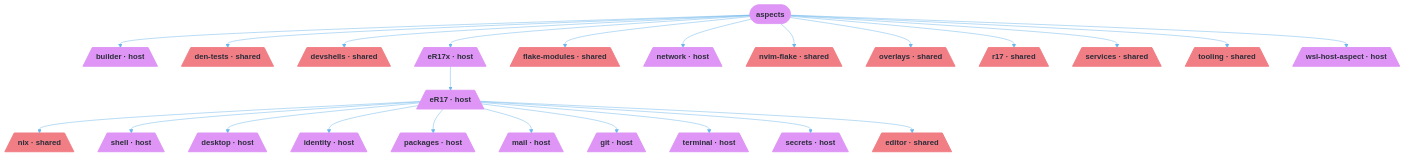
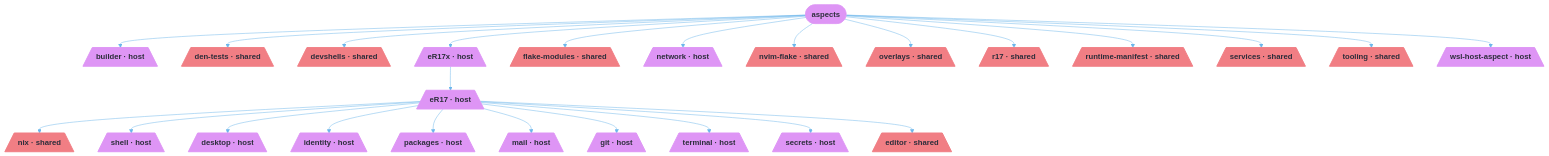
The fifth of 5 diagrams in README.md (r17x/universe), drawn with Mermaid before and after one commit. The commit also changed other lines of this file and 27 other files, not shown here.

````diff
--- a/README.md
+++ b/README.md
@@ -379,77 +391,80 @@
 ```mermaid
 %%{init: {"theme":"base","themeVariables":{"activationBkgColor":"#EC7279","activationBorderColor":"#EF9F76","actorBkg":"#EC7279","actorBorder":"#6CB6EB","actorLineColor":"#6CB6EB","actorTextColor":"#D38AEA","background":"#2B2D3A","classText":"#D38AEA","clusterBkg":"#EC7279","clusterBorder":"#EF9F76","edgeLabelBackground":"#2B2D3A","labelBoxBkgColor":"#EC7279","labelBoxBorderColor":"#6CB6EB","labelTextColor":"#D38AEA","lineColor":"#6CB6EB","loopTextColor":"#D38AEA","mainBkg":"#EC7279","nodeBkg":"#EC7279","nodeBorder":"#6CB6EB","nodeTextColor":"#D38AEA","noteBkgColor":"#EC7279","noteBorderColor":"#EF9F76","noteTextColor":"#D38AEA","pie1":"#3D3D40","pie2":"#F17E84","pie3":"#B1D48B","pie4":"#F5B083","pie5":"#7EC1F5","pie6":"#DE95F5","pie7":"#68C7CD","pie8":"#F0F4FA","pieLegendTextColor":"#D38AEA","pieOuterStrokeColor":"#EF9F76","pieSectionTextColor":"#D38AEA","pieStrokeColor":"#EF9F76","pieTitleTextColor":"#D38AEA","primaryBorderColor":"#6CB6EB","primaryColor":"#EC7279","primaryTextColor":"#D38AEA","secondBkg":"#EC7279","secondaryBorderColor":"#EF9F76","secondaryColor":"#EC7279","secondaryTextColor":"#D38AEA","sequenceNumberColor":"#2B2D3A","signalColor":"#6CB6EB","signalTextColor":"#D38AEA","tertiaryBorderColor":"#EF9F76","tertiaryColor":"#EC7279","tertiaryTextColor":"#D38AEA","textColor":"#D38AEA","titleColor":"#D38AEA"}}}%%
 graph TD
   aspects([aspects]):::root
   builder[/"builder · host"\]:::builder_c
   den_tests[/"den-tests · shared"\]:::den_tests_c
   desktop[/"desktop · host"\]:::desktop_c
   devshells[/"devshells · shared"\]:::devshells_c
   eR17[/"eR17 · host"\]:::eR17_c
   eR17x[/"eR17x · host"\]:::eR17x_c
   editor[/"editor · shared"\]:::editor_c
   flake_modules[/"flake-modules · shared"\]:::flake_modules_c
   git[/"git · host"\]:::git_c
   identity[/"identity · host"\]:::identity_c
   mail[/"mail · host"\]:::mail_c
   network[/"network · host"\]:::network_c
   nix[/"nix · shared"\]:::nix_c
   nvim_flake[/"nvim-flake · shared"\]:::nvim_flake_c
   overlays[/"overlays · shared"\]:::overlays_c
   packages[/"packages · host"\]:::packages_c
   r17[/"r17 · shared"\]:::r17_c
+  runtime_manifest[/"runtime-manifest · shared"\]:::runtime_manifest_c
   secrets[/"secrets · host"\]:::secrets_c
   services[/"services · shared"\]:::services_c
   shell[/"shell · host"\]:::shell_c
   terminal[/"terminal · host"\]:::terminal_c
   tooling[/"tooling · shared"\]:::tooling_c
   wsl_host_aspect[/"wsl-host-aspect · host"\]:::wsl_host_aspect_c
 
   aspects --> builder
   aspects --> den_tests
   aspects --> devshells
   aspects --> eR17x
   aspects --> flake_modules
   aspects --> network
   aspects --> nvim_flake
   aspects --> overlays
   aspects --> r17
+  aspects --> runtime_manifest
   aspects --> services
   aspects --> tooling
   aspects --> wsl_host_aspect
   eR17 --> nix
   eR17 --> shell
   eR17 --> desktop
   eR17 --> identity
   eR17 --> packages
   eR17 --> mail
   eR17 --> git
   eR17 --> terminal
   eR17 --> secrets
   eR17 --> editor
   eR17x --> eR17
 
   classDef root fill:#DE95F5,stroke:#DE95F5,color:#2B2D3A,font-weight:bold
   classDef builder_c fill:#DE95F5,stroke:#DE95F5,color:#2B2D3A,stroke-width:2px
   classDef den_tests_c fill:#F17E84,stroke:#F17E84,color:#2B2D3A,stroke-width:2px
   classDef desktop_c fill:#DE95F5,stroke:#DE95F5,color:#2B2D3A,stroke-width:2px
   classDef devshells_c fill:#F17E84,stroke:#F17E84,color:#2B2D3A,stroke-width:2px
   classDef eR17_c fill:#DE95F5,stroke:#DE95F5,color:#2B2D3A,stroke-width:2px
   classDef eR17x_c fill:#DE95F5,stroke:#DE95F5,color:#2B2D3A,stroke-width:2px
   classDef editor_c fill:#F17E84,stroke:#F17E84,color:#2B2D3A,stroke-width:2px
   classDef flake_modules_c fill:#F17E84,stroke:#F17E84,color:#2B2D3A,stroke-width:2px
   classDef git_c fill:#DE95F5,stroke:#DE95F5,color:#2B2D3A,stroke-width:2px
   classDef identity_c fill:#DE95F5,stroke:#DE95F5,color:#2B2D3A,stroke-width:2px
   classDef mail_c fill:#DE95F5,stroke:#DE95F5,color:#2B2D3A,stroke-width:2px
   classDef network_c fill:#DE95F5,stroke:#DE95F5,color:#2B2D3A,stroke-width:2px
   classDef nix_c fill:#F17E84,stroke:#F17E84,color:#2B2D3A,stroke-width:2px
   classDef nvim_flake_c fill:#F17E84,stroke:#F17E84,color:#2B2D3A,stroke-width:2px
   classDef overlays_c fill:#F17E84,stroke:#F17E84,color:#2B2D3A,stroke-width:2px
   classDef packages_c fill:#DE95F5,stroke:#DE95F5,color:#2B2D3A,stroke-width:2px
   classDef r17_c fill:#F17E84,stroke:#F17E84,color:#2B2D3A,stroke-width:2px
+  classDef runtime_manifest_c fill:#F17E84,stroke:#F17E84,color:#2B2D3A,stroke-width:2px
   classDef secrets_c fill:#DE95F5,stroke:#DE95F5,color:#2B2D3A,stroke-width:2px
   classDef services_c fill:#F17E84,stroke:#F17E84,color:#2B2D3A,stroke-width:2px
   classDef shell_c fill:#DE95F5,stroke:#DE95F5,color:#2B2D3A,stroke-width:2px
   classDef terminal_c fill:#DE95F5,stroke:#DE95F5,color:#2B2D3A,stroke-width:2px
   classDef tooling_c fill:#F17E84,stroke:#F17E84,color:#2B2D3A,stroke-width:2px
   classDef wsl_host_aspect_c fill:#DE95F5,stroke:#DE95F5,color:#2B2D3A,stroke-width:2px
 ```
````
